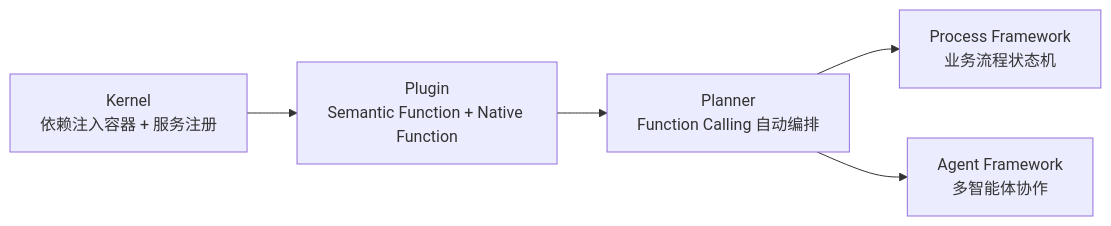
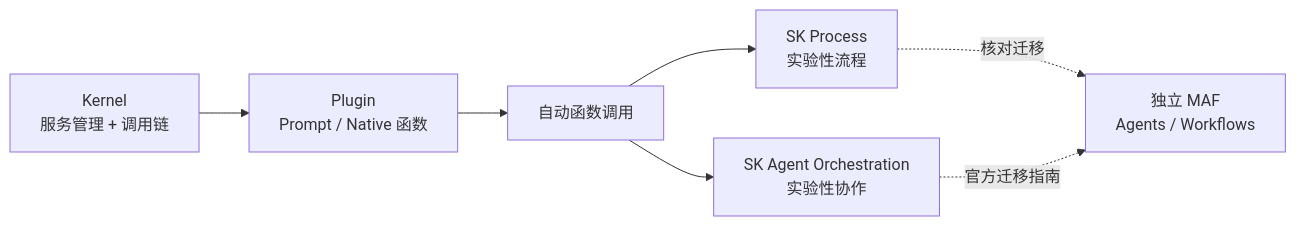
Before and after one commit to oneleaveknowsthefall/awesome-ai-roadmap: the diagram in docs/frameworks/04-semantic-kernel/README.md, drawn with Mermaid. The commit also changed other lines of this file and 61 other files, not shown here.

````diff
--- a/docs/frameworks/04-semantic-kernel/README.md
+++ b/docs/frameworks/04-semantic-kernel/README.md
@@ -12,7 +18,9 @@
 ```mermaid
 flowchart LR
-    K["Kernel<br/>依赖注入容器 + 服务注册"] --> P["Plugin<br/>Semantic Function + Native Function"]
-    P --> PL["Planner<br/>Function Calling 自动编排"]
-    PL --> PF["Process Framework<br/>业务流程状态机"]
-    PL --> AF["Agent Framework<br/>多智能体协作"]
+    K["Kernel<br/>服务管理 + 调用链"] --> P["Plugin<br/>Prompt / Native 函数"]
+    P --> PL["自动函数调用"]
+    PL --> PF["SK Process<br/>实验性流程"]
+    PL --> AF["SK Agent Orchestration<br/>实验性协作"]
+    PF -.核对迁移.-> M["独立 MAF<br/>Agents / Workflows"]
+    AF -.官方迁移指南.-> M
 ```
````
